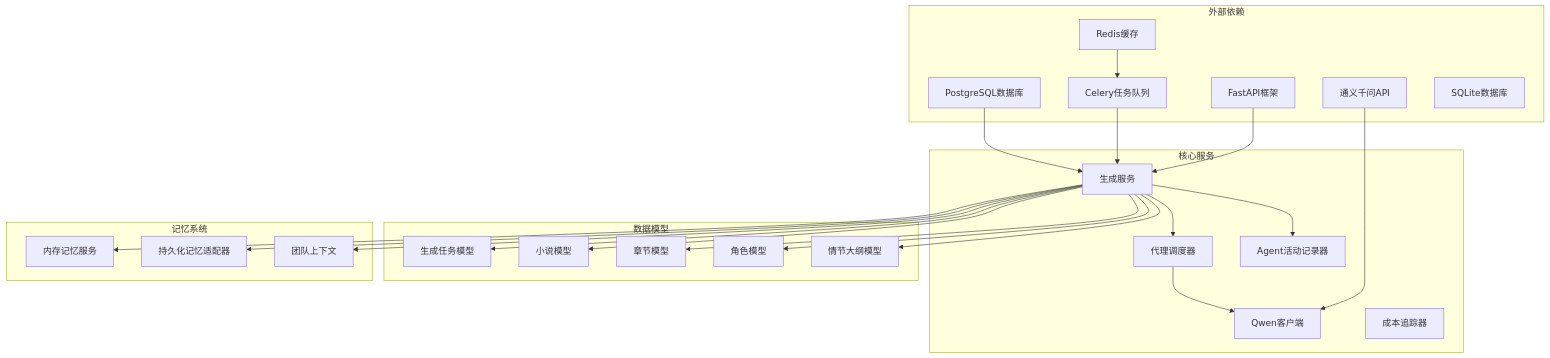
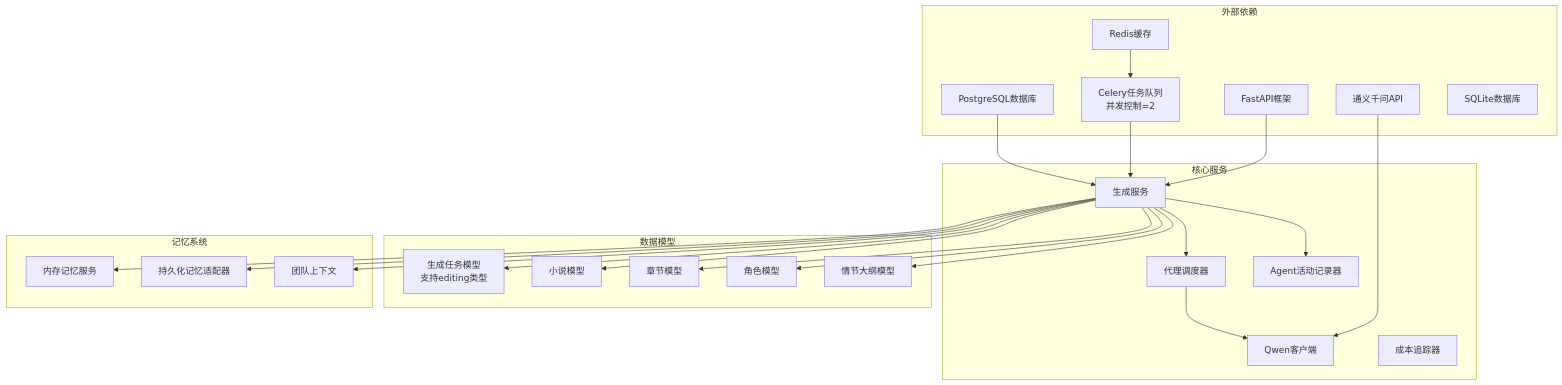
The tenth of 11 diagrams in .qoder/repowiki/zh/content/Generation Service.md (xfbyxq/ai-novel-system), drawn with Mermaid before and after one commit. The commit also changed other lines of this file and 17 other files, not shown here.

````diff
--- a/.qoder/repowiki/zh/content/Generation Service.md
+++ b/.qoder/repowiki/zh/content/Generation Service.md
@@ -402,46 +449,46 @@
 ```mermaid
 graph TB
 subgraph "外部依赖"
 FastAPI[FastAPI框架]
-Celery[Celery任务队列]
+Celery[Celery任务队列<br/>并发控制=2]
 DashScope[通义千问API]
 PostgreSQL[PostgreSQL数据库]
 Redis[Redis缓存]
 SQLite[SQLite数据库]
 end
 subgraph "核心服务"
 GenerationService[生成服务]
 AgentDispatcher[代理调度器]
 QwenClient[Qwen客户端]
 CostTracker[成本追踪器]
 AgentActivityRecorder[Agent活动记录器]
 end
 subgraph "数据模型"
-GenerationTask[生成任务模型]
+GenerationTask[生成任务模型<br/>支持editing类型]
 Novel[小说模型]
 Chapter[章节模型]
 Character[角色模型]
 PlotOutline[情节大纲模型]
 end
 subgraph "记忆系统"
 MemoryService[内存记忆服务]
 PersistentMemory[持久化记忆适配器]
 TeamContext[团队上下文]
 end
 FastAPI --> GenerationService
 Celery --> GenerationService
 DashScope --> QwenClient
 PostgreSQL --> GenerationService
 Redis --> Celery
 GenerationService --> AgentDispatcher
 AgentDispatcher --> QwenClient
 GenerationService --> GenerationTask
 GenerationService --> Novel
 GenerationService --> Chapter
 GenerationService --> Character
 GenerationService --> PlotOutline
 GenerationService --> MemoryService
 GenerationService --> PersistentMemory
 GenerationService --> TeamContext
 GenerationService --> AgentActivityRecorder
 ```
````
